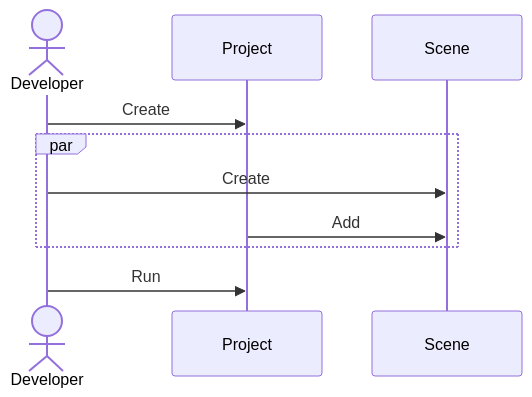
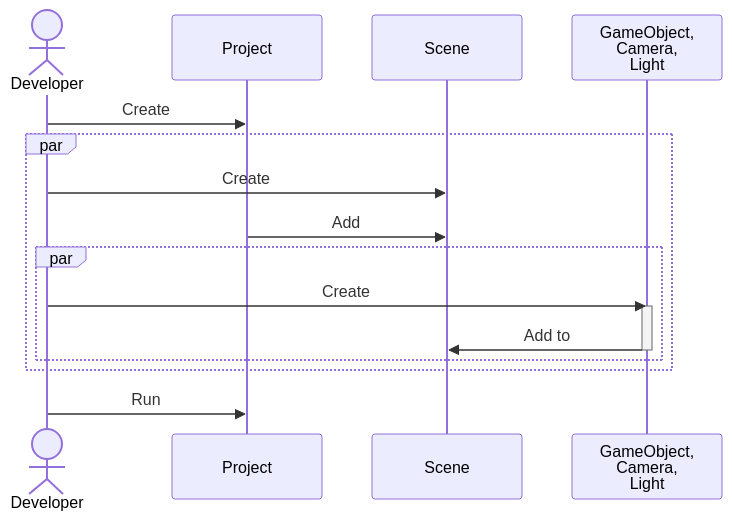
The diagram in structure.md (Over-Run/ktgl), drawn with Mermaid before and after one commit. The commit also changed 20 other files, not shown here.

Commit message:
GameObject, GLShader; etc.

````diff
--- a/structure.md
+++ b/structure.md
@@ -5,12 +5,19 @@
 ```mermaid
 sequenceDiagram
     actor Developer
     participant Project
     participant Scene
+    participant obj as GameObject,<br> Camera,<br> Light
     Developer->>Project: Create
     par
         Developer->>Scene: Create
         Project->>Scene: Add
+        par
+            Developer->>obj: Create
+            activate obj
+            obj->>Scene: Add to
+            deactivate obj
+        end
     end
     Developer->>Project: Run
 ```
````
